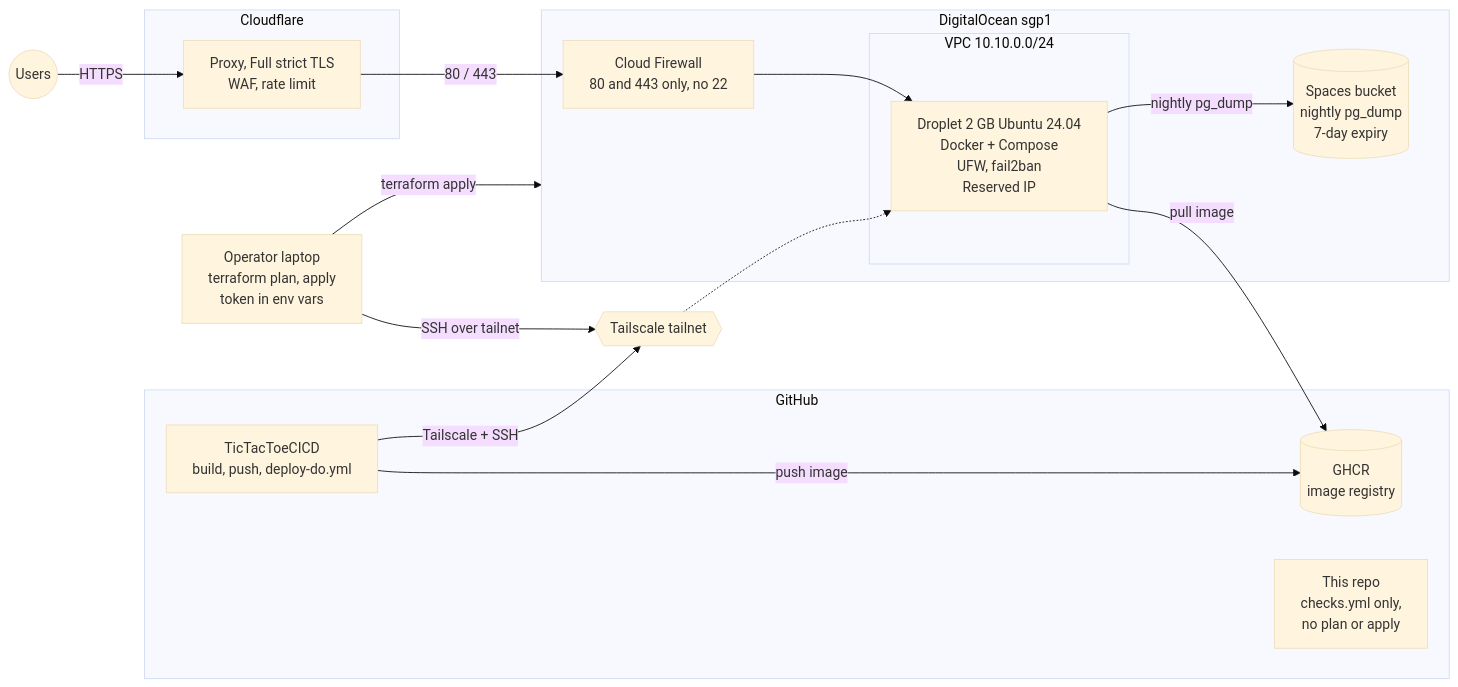
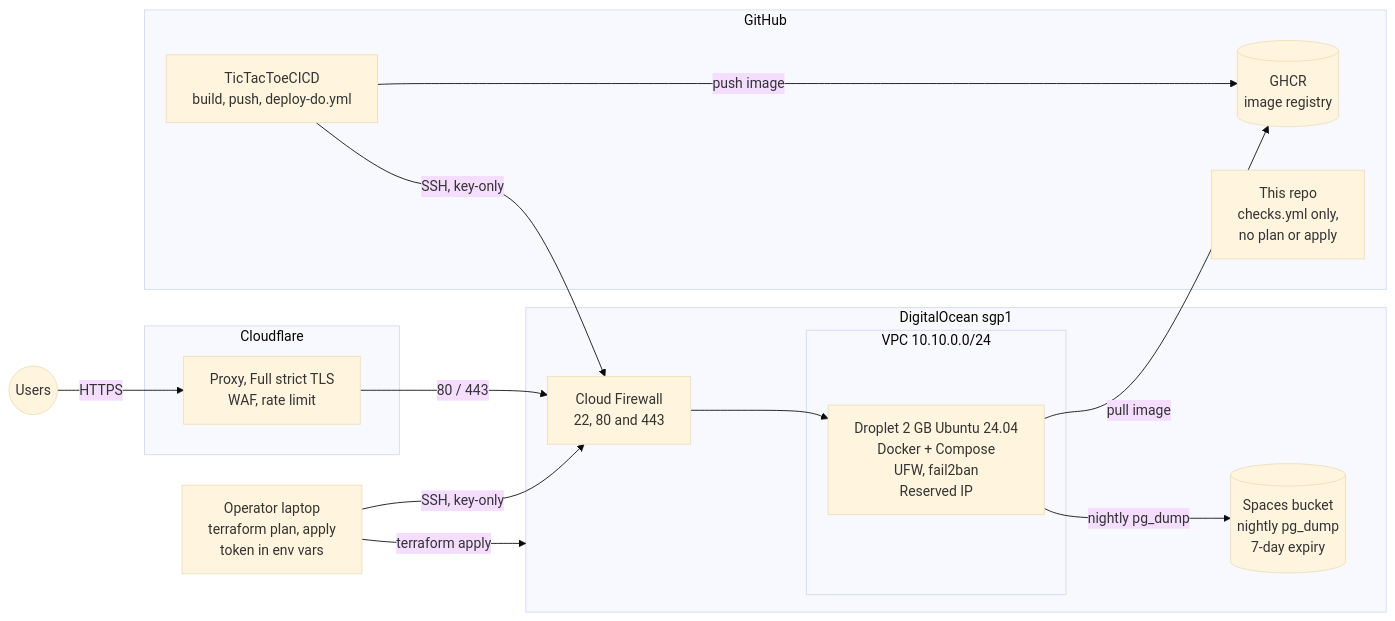
One commit to joheee/TicTacToeVpsMigration changed the second of 3 diagrams in README.md. Above: the diagram before and after it, drawn with Mermaid (base theme). The commit also changed other lines of this file and 8 other files, not shown here.

````diff
--- a/README.md
+++ b/README.md
@@ -100,32 +100,31 @@
 ```mermaid
 flowchart LR
   subgraph GH[GitHub]
     app[TicTacToeCICD<br/>build, push, deploy-do.yml]
     ghcr[(GHCR<br/>image registry)]
     checks[This repo<br/>checks.yml only,<br/>no plan or apply]
   end
 
   subgraph CF[Cloudflare]
     edge[Proxy, Full strict TLS<br/>WAF, rate limit]
   end
 
-  ts{{Tailscale tailnet}}
   op[Operator laptop<br/>terraform plan, apply<br/>token in env vars]
 
   subgraph DO[DigitalOcean sgp1]
-    fw[Cloud Firewall<br/>80 and 443 only, no 22]
+    fw[Cloud Firewall<br/>22, 80 and 443]
     spaces[(Spaces bucket<br/>nightly pg_dump<br/>7-day expiry)]
 
     subgraph VPC[VPC 10.10.0.0/24]
       drop[Droplet 2 GB Ubuntu 24.04<br/>Docker + Compose<br/>UFW, fail2ban<br/>Reserved IP]
     end
   end
 
   user((Users)) -- HTTPS --> edge -- "80 / 443" --> fw --> drop
   app -- push image --> ghcr
-  app -- "Tailscale + SSH" --> ts -.-> drop
-  op -- "SSH over tailnet" --> ts
+  app -- "SSH, key-only" --> fw
+  op -- "SSH, key-only" --> fw
   op -- "terraform apply" --> DO
   drop -- pull image --> ghcr
   drop -- nightly pg_dump --> spaces
 ```
````
